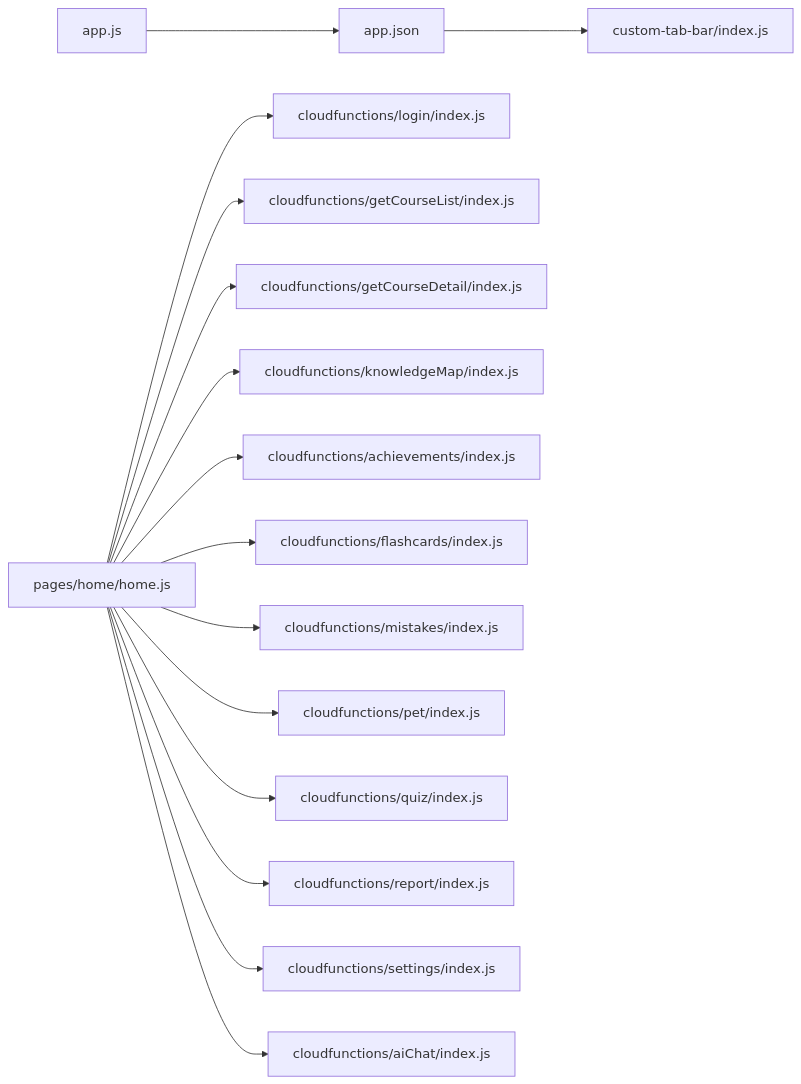
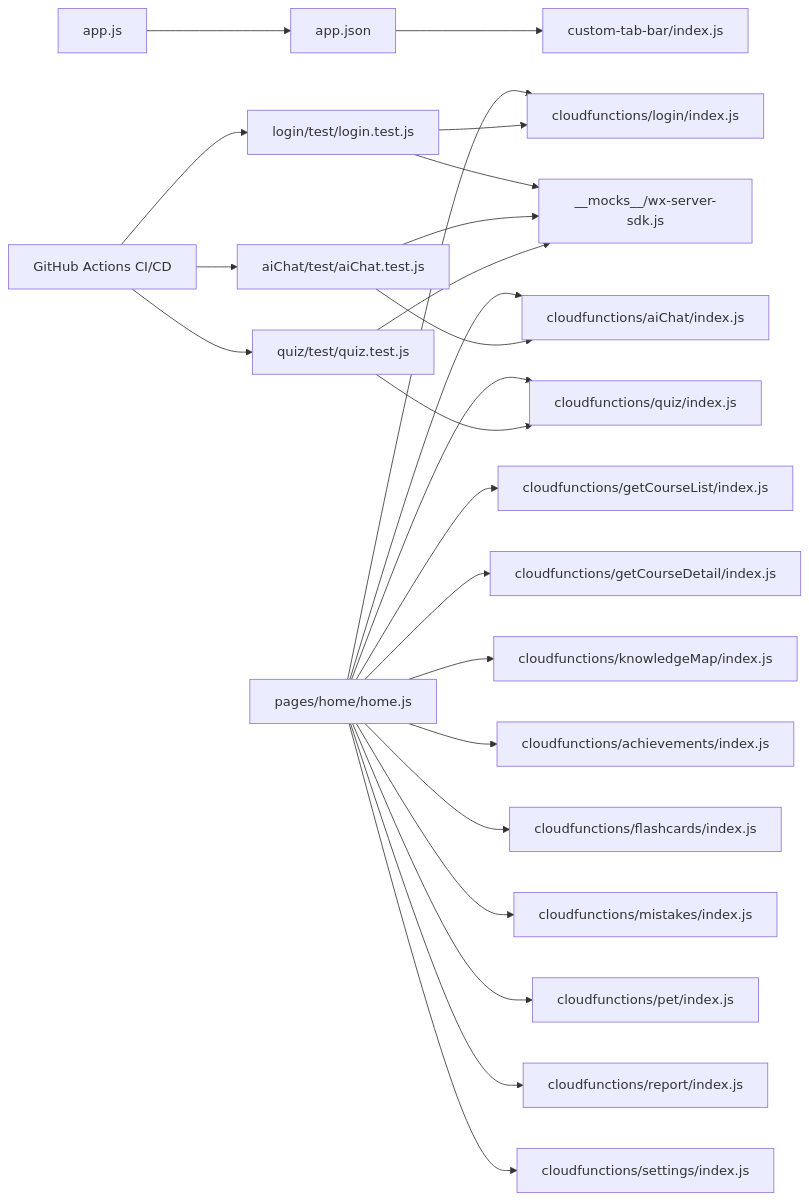
The third of 3 diagrams in .qoder/repowiki/zh/content/开发指南/开发流程.md (cwb7756/bio), drawn with Mermaid before and after one commit. The commit also changed other lines of this file and 45 other files, not shown here.

````diff
--- a/.qoder/repowiki/zh/content/开发指南/开发流程.md
+++ b/.qoder/repowiki/zh/content/开发指南/开发流程.md
@@ -342,17 +484,26 @@
 ```mermaid
 graph LR
 APPJS["app.js"] --> APPJSON["app.json"]
 APPJSON --> TABBAR["custom-tab-bar/index.js"]
 HOME["pages/home/home.js"] --> CFLOGIN["cloudfunctions/login/index.js"]
 HOME --> CFCOURSELIST["cloudfunctions/getCourseList/index.js"]
 HOME --> CFCOURSEDETAIL["cloudfunctions/getCourseDetail/index.js"]
 HOME --> CFKMAP["cloudfunctions/knowledgeMap/index.js"]
 HOME --> CFACH["cloudfunctions/achievements/index.js"]
 HOME --> CFFLASH["cloudfunctions/flashcards/index.js"]
 HOME --> CFMISTAKES["cloudfunctions/mistakes/index.js"]
 HOME --> CFPET["cloudfunctions/pet/index.js"]
 HOME --> CFQUIZ["cloudfunctions/quiz/index.js"]
 HOME --> CFREPORT["cloudfunctions/report/index.js"]
 HOME --> CFSETTINGS["cloudfunctions/settings/index.js"]
 HOME --> CFAI["cloudfunctions/aiChat/index.js"]
+TEST_LOGIN["login/test/login.test.js"] --> CFLOGIN
+TEST_AI["aiChat/test/aiChat.test.js"] --> CFAI
+TEST_QUIZ["quiz/test/quiz.test.js"] --> CFQUIZ
+TEST_LOGIN --> MOCK_WX["__mocks__/wx-server-sdk.js"]
+TEST_AI --> MOCK_WX
+TEST_QUIZ --> MOCK_WX
+CI["GitHub Actions CI/CD"] --> TEST_LOGIN
+CI --> TEST_AI
+CI --> TEST_QUIZ
 ```
````
